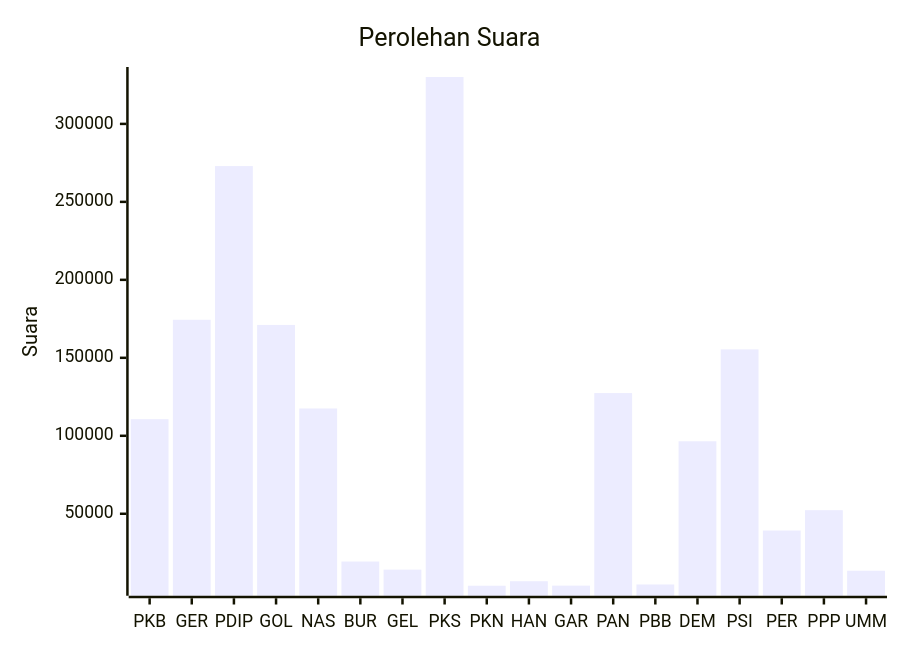
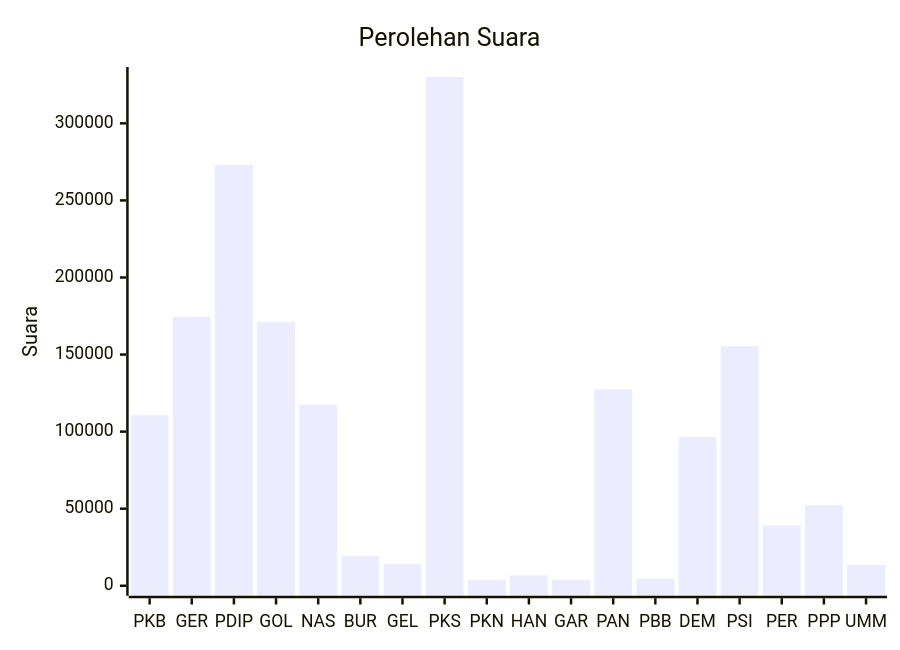
Before and after one commit to gigit-pemilu/pemilu-2024: the diagram in pileg-dpr/hitung-suara/sub/table-wilayah-31.md, drawn with Mermaid. The commit also changed 57 other files, not shown here.

````diff
--- a/pileg-dpr/hitung-suara/sub/table-wilayah-31.md
+++ b/pileg-dpr/hitung-suara/sub/table-wilayah-31.md
@@ -7,7 +7,7 @@
 ```mermaid
 xychart-beta
     title "Perolehan Suara"
     x-axis [PKB, GER, PDIP, GOL, NAS, BUR, GEL, PKS, PKN, HAN, GAR, PAN, PBB, DEM, PSI, PER, PPP, UMM]
-    y-axis "Suara"
+    y-axis "Suara" 0 --> 330068
     bar [110637, 174408, 272956, 171101, 117504, 19373, 14173, 330068, 3843, 6743, 3930, 127402, 4663, 96478, 155409, 39267, 52287, 13470]
 ```
````
